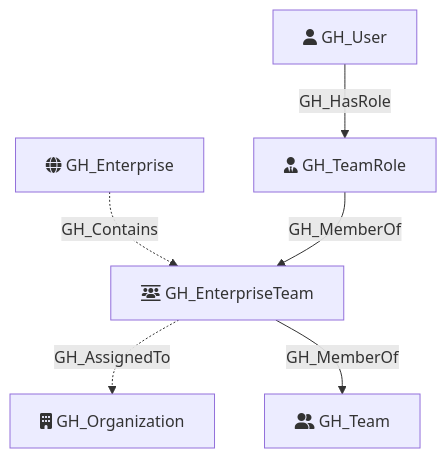
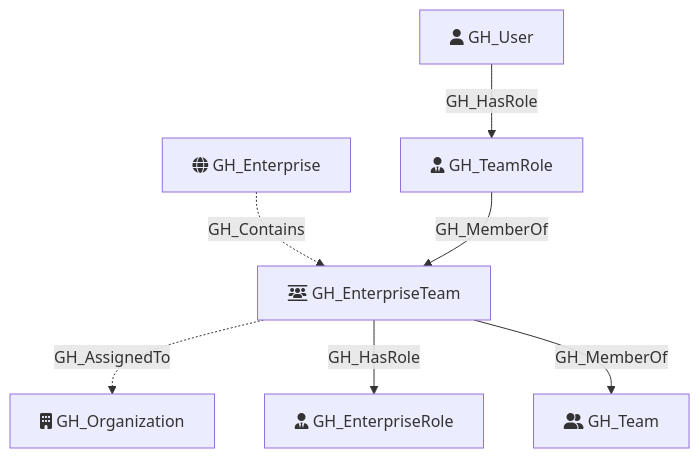
Before and after one commit to SpecterOps/GitHound: the diagram in Documentation/NodeDescriptions/GH_EnterpriseTeam.md, drawn with Mermaid. The commit also changed other lines of this file and 8 other files, not shown here.

````diff
--- a/Documentation/NodeDescriptions/GH_EnterpriseTeam.md
+++ b/Documentation/NodeDescriptions/GH_EnterpriseTeam.md
@@ -30,15 +30,17 @@
 ```mermaid
 flowchart TD
     GH_Enterprise[fa:fa-globe GH_Enterprise]
     GH_EnterpriseTeam[fa:fa-users-between-lines GH_EnterpriseTeam]
     GH_Organization[fa:fa-building GH_Organization]
     GH_Team[fa:fa-user-group GH_Team]
     GH_TeamRole[fa:fa-user-tie GH_TeamRole]
+    GH_EnterpriseRole[fa:fa-user-tie GH_EnterpriseRole]
     GH_User[fa:fa-user GH_User]
 
     GH_Enterprise -.->|GH_Contains| GH_EnterpriseTeam
     GH_EnterpriseTeam -.->|GH_AssignedTo| GH_Organization
     GH_TeamRole -->|GH_MemberOf| GH_EnterpriseTeam
+    GH_EnterpriseTeam -->|GH_HasRole| GH_EnterpriseRole
     GH_EnterpriseTeam -->|GH_MemberOf| GH_Team
     GH_User -->|GH_HasRole| GH_TeamRole
 ```
````
